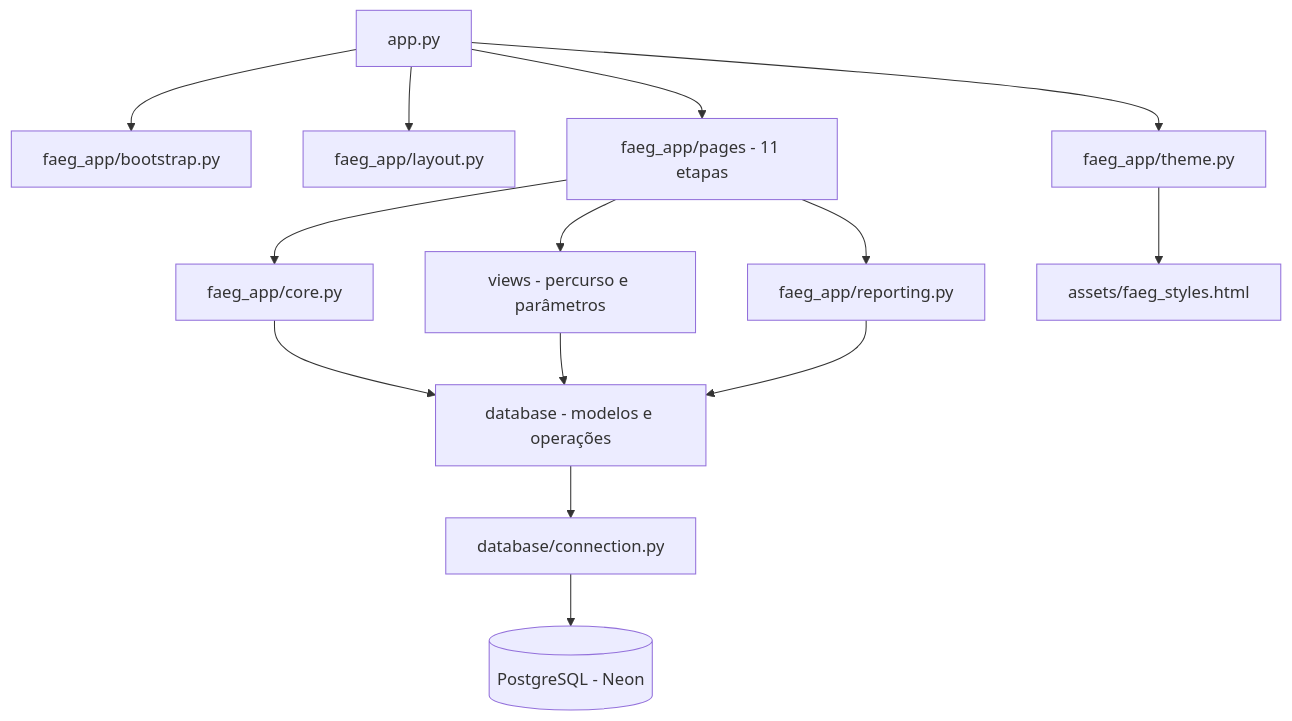
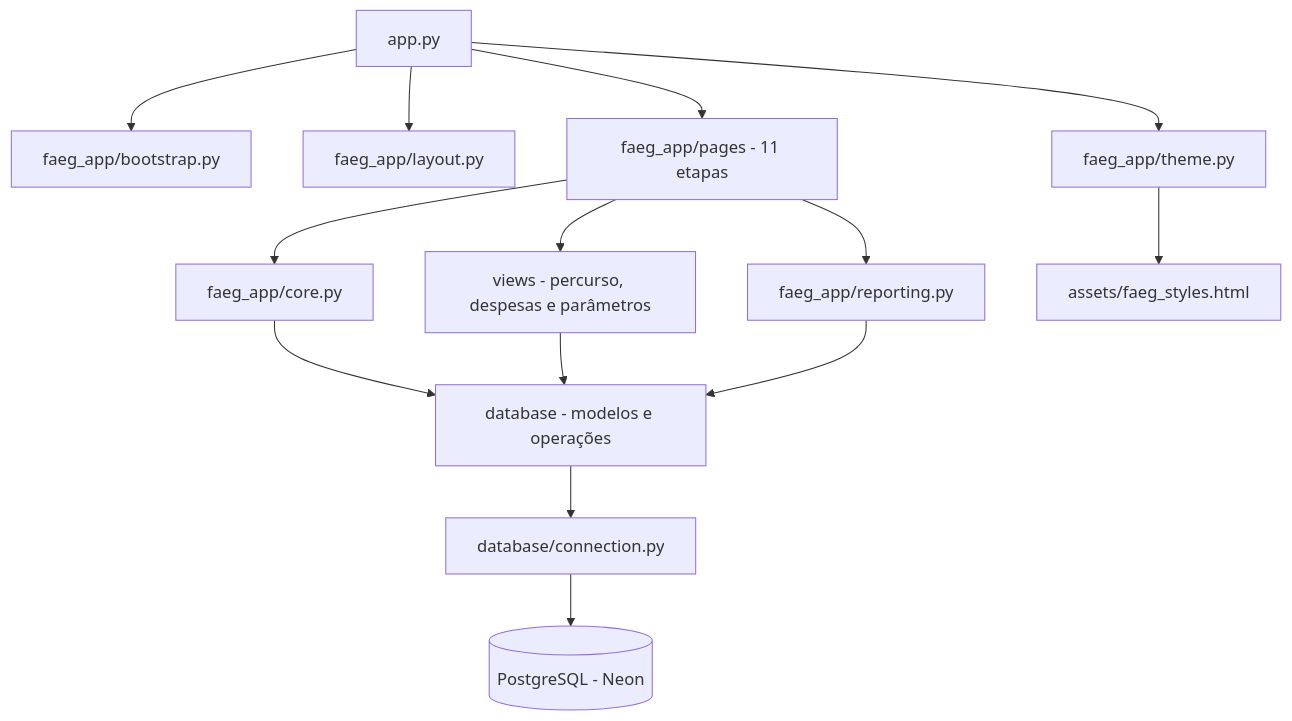
One commit to felpontes98/faeg-logistica-app changed the second of 2 diagrams in docs/diagramas/componentes.md. Above: the diagram before and after it, drawn with Mermaid. The commit also changed 39 other files, not shown here.

````diff
--- a/docs/diagramas/componentes.md
+++ b/docs/diagramas/componentes.md
@@ -30,16 +30,16 @@
 ```mermaid
 flowchart TB
     A["app.py"] --> BOOT["faeg_app/bootstrap.py"]
     A --> L["faeg_app/layout.py"]
     A --> T["faeg_app/theme.py"]
     A --> P["faeg_app/pages - 11 etapas"]
     P --> CORE["faeg_app/core.py"]
-    P --> V["views - percurso e parâmetros"]
+    P --> V["views - percurso, despesas e parâmetros"]
     P --> R["faeg_app/reporting.py"]
     CORE --> D["database - modelos e operações"]
     V --> D
     R --> D
     D --> C["database/connection.py"]
     C --> N[("PostgreSQL - Neon")]
     T --> CSS["assets/faeg_styles.html"]
 ```
````
